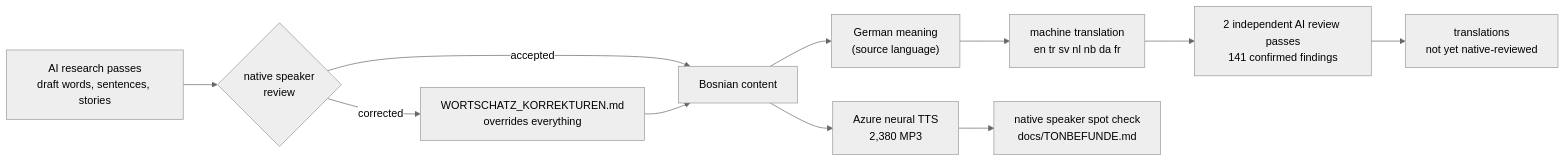
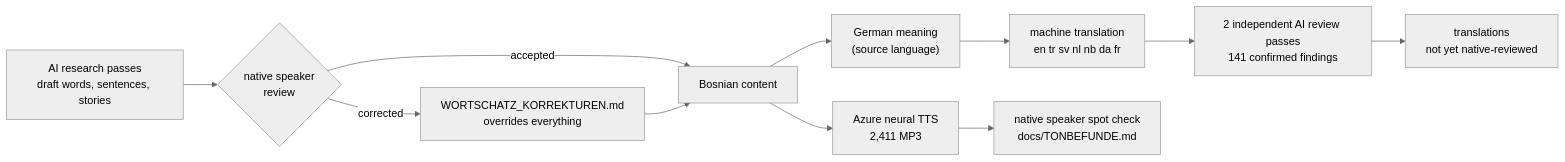
Before and after one commit to zmaj-lernapp/zmaj: the second of 2 diagrams in data/DATASHEET.md, drawn with Mermaid (neutral theme). The commit also changed other lines of this file and 39 other files, not shown here.

````diff
--- a/data/DATASHEET.md
+++ b/data/DATASHEET.md
@@ -90,13 +90,13 @@
 ```mermaid
 flowchart LR
   R["AI research passes<br/>draft words, sentences, stories"] --> N{"native speaker<br/>review"}
   N -- corrected --> K["WORTSCHATZ_KORREKTUREN.md<br/>overrides everything"]
   N -- accepted --> B[Bosnian content]
   K --> B
   B --> DE["German meaning<br/>(source language)"]
   DE --> MT["machine translation<br/>en tr sv nl nb da fr"]
   MT --> AI["2 independent AI review passes<br/>141 confirmed findings"]
   AI --> T["translations<br/>not yet native-reviewed"]
-  B --> TTS["Azure neural TTS<br/>2,380 MP3"]
+  B --> TTS["Azure neural TTS<br/>2,411 MP3"]
   TTS --> H["native speaker spot check<br/>docs/TONBEFUNDE.md"]
 ```
````
